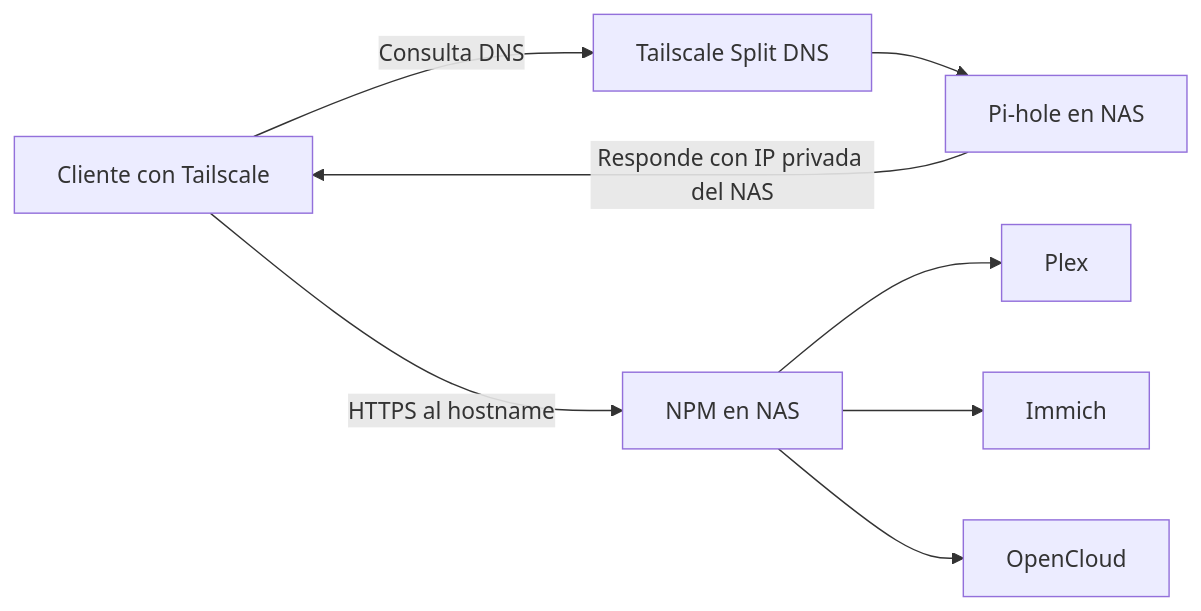
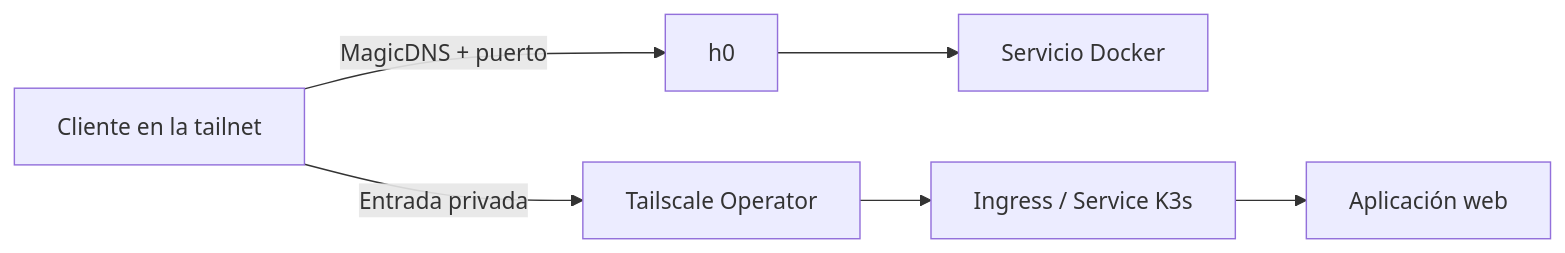
One commit to Ismola/homelab changed the second of 4 diagrams in README.md. Above: the diagram before and after it, drawn with Mermaid. The commit also changed other lines of this file, not shown here.

Commit message:
update readme with homelab overview and architecture

````diff
--- a/README.md
+++ b/README.md
@@ -149,17 +90,11 @@
 ```mermaid
 flowchart LR
- TSClient["Cliente con Tailscale"]
- SplitDNS["Tailscale Split DNS"]
- PiHole["Pi-hole en NAS"]
- NPM["NPM en NAS"]
- Plex["Plex"]
- Immich["Immich"]
- OpenCloud["OpenCloud"]
+    client["Cliente en la tailnet"]
 
- TSClient -->|"Consulta DNS"| SplitDNS --> PiHole
- PiHole -->|"Responde con IP privada del NAS"| TSClient
- TSClient -->|"HTTPS al hostname"| NPM
- NPM --> Plex
- NPM --> Immich
- NPM --> OpenCloud
+    client -->|"MagicDNS + puerto"| h0["h0"]
+    h0 --> docker["Servicio Docker"]
+
+    client -->|"Entrada privada"| operator["Tailscale Operator"]
+    operator --> ingress["Ingress / Service K3s"]
+    ingress --> app["Aplicación web"]
 ```
````
